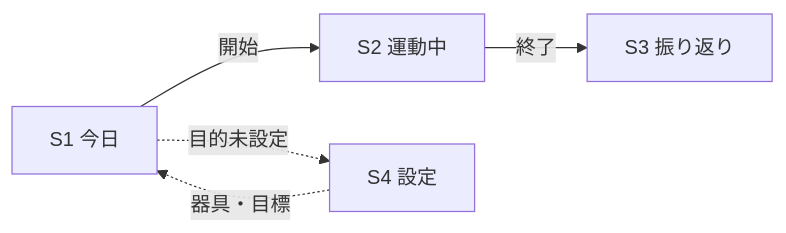
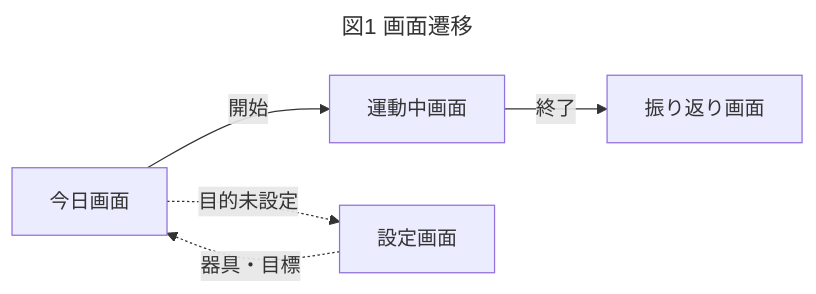
The first of 3 diagrams in docs/screen-spec.md (AibaTaro/Strength-app), drawn with Mermaid before and after one commit. The commit also changed other lines of this file and 10 other files, not shown here.

Commit message:
画面仕様書を図表番号での参照に統一(内部ID廃止)、画像・図に図番号を表示、文字数基準をドキュメント方針に追加

````diff
--- a/docs/screen-spec.md
+++ b/docs/screen-spec.md
@@ -8,7 +8,10 @@
 ```mermaid
+---
+title: 図1 画面遷移
+---
 flowchart LR
-  S1[S1 今日] -- 開始 --> S2[S2 運動中]
-  S2 -- 終了 --> S3[S3 振り返り]
-  S1 -. 目的未設定 .-> S4[S4 設定]
-  S4 -. 器具・目標 .-> S1
+  T[今日画面] -- 開始 --> W[運動中画面]
+  W -- 終了 --> H[振り返り画面]
+  T -. 目的未設定 .-> S[設定画面]
+  S -. 器具・目標 .-> T
 ```
````
